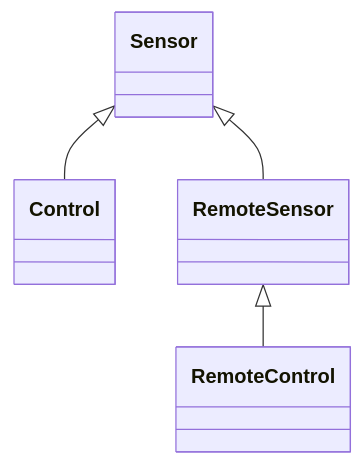
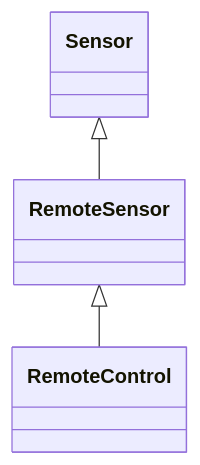
One commit to jbuehl/homealone changed the fifth of 7 diagrams in docs/README.resources.md. Above: the diagram before and after it, drawn with Mermaid.

Commit message:
Clean up and document Resources

````diff
--- a/docs/README.resources.md
+++ b/docs/README.resources.md
@@ -103,6 +103,5 @@
 ```mermaid
 classDiagram
-	Sensor <|-- Control
 	Sensor <|-- RemoteSensor
 	RemoteSensor <|-- RemoteControl
 ```
````
